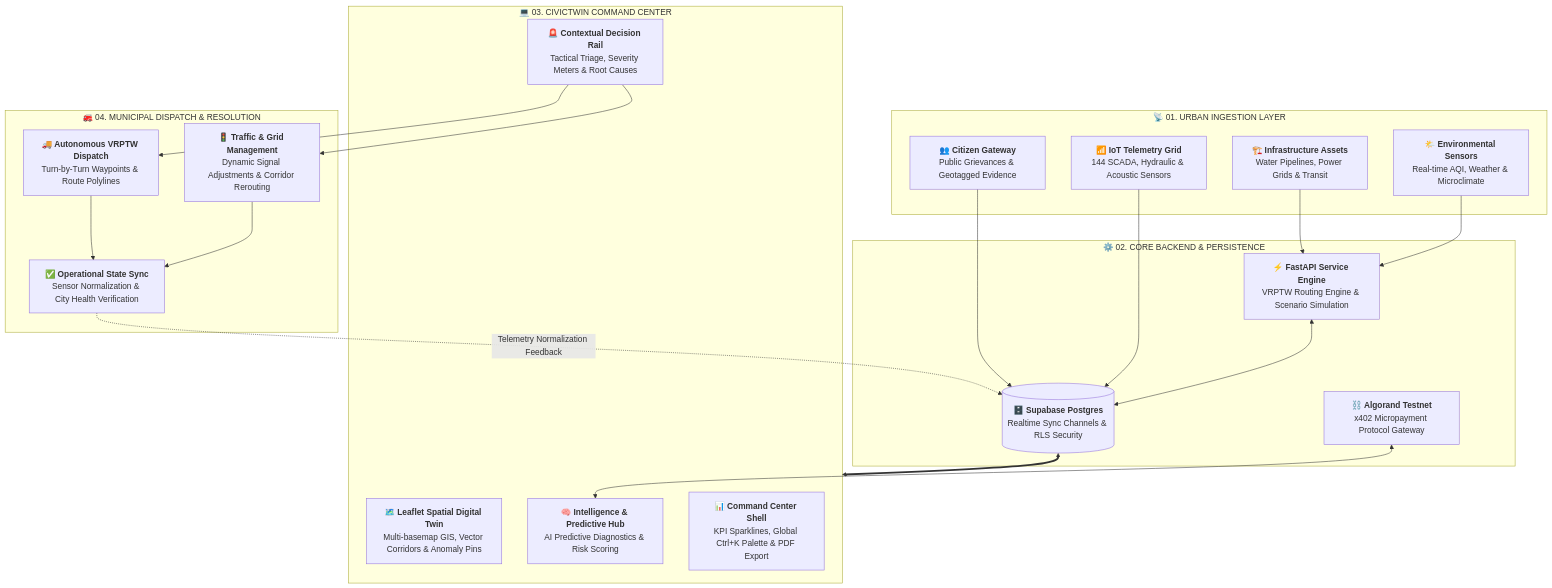
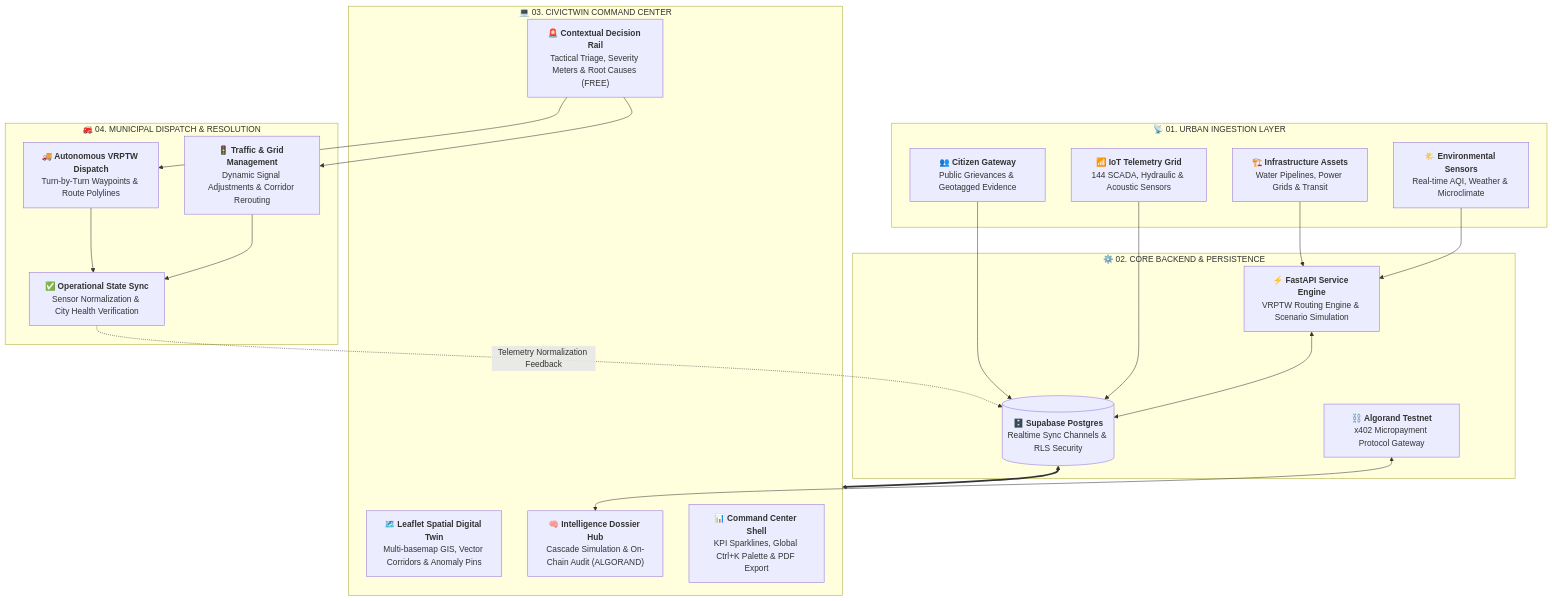
One commit to SIDDHARTHXMEUR/CIVICTWIN changed the third of 5 diagrams in README.md. Above: the diagram before and after it, drawn with Mermaid. The commit also changed other lines of this file and 16 other files, not shown here.

Commit message:
feat: Algorand x402 M2M compute settlement, Intelligence dossier overhaul, Decision Rail legibility, and Indian currency system support

````diff
--- a/README.md
+++ b/README.md
@@ -288,37 +293,37 @@
 ```mermaid
 flowchart TD
     subgraph INTAKE ["📡 01. URBAN INGESTION LAYER"]
         CIT["<b>👥 Citizen Gateway</b><br/>Public Grievances & Geotagged Evidence"]
         IOT["<b>📶 IoT Telemetry Grid</b><br/>144 SCADA, Hydraulic & Acoustic Sensors"]
         INF["<b>🏗️ Infrastructure Assets</b><br/>Water Pipelines, Power Grids & Transit"]
         ENV["<b>🌤️ Environmental Sensors</b><br/>Real-time AQI, Weather & Microclimate"]
     end
 
     subgraph BACKEND ["⚙️ 02. CORE BACKEND & PERSISTENCE"]
         SB[("<b>🗄️ Supabase Postgres</b><br/>Realtime Sync Channels & RLS Security")]
         FAST["<b>⚡ FastAPI Service Engine</b><br/>VRPTW Routing Engine & Scenario Simulation"]
         ALGO["<b>⛓️ Algorand Testnet</b><br/>x402 Micropayment Protocol Gateway"]
     end
 
     subgraph WORKSPACE ["💻 03. CIVICTWIN COMMAND CENTER"]
         GIS["<b>🗺️ Leaflet Spatial Digital Twin</b><br/>Multi-basemap GIS, Vector Corridors & Anomaly Pins"]
-        DEC["<b>🚨 Contextual Decision Rail</b><br/>Tactical Triage, Severity Meters & Root Causes"]
-        INT["<b>🧠 Intelligence & Predictive Hub</b><br/>AI Predictive Diagnostics & Risk Scoring"]
+        DEC["<b>🚨 Contextual Decision Rail</b><br/>Tactical Triage, Severity Meters & Root Causes (FREE)"]
+        INT["<b>🧠 Intelligence Dossier Hub</b><br/>Cascade Simulation & On-Chain Audit (ALGORAND)"]
         CMD["<b>📊 Command Center Shell</b><br/>KPI Sparklines, Global Ctrl+K Palette & PDF Export"]
     end
 
     subgraph ACTION ["🚒 04. MUNICIPAL DISPATCH & RESOLUTION"]
         VRPTW["<b>🚚 Autonomous VRPTW Dispatch</b><br/>Turn-by-Turn Waypoints & Route Polylines"]
         REROUTE["<b>🚦 Traffic & Grid Management</b><br/>Dynamic Signal Adjustments & Corridor Rerouting"]
         RES["<b>✅ Operational State Sync</b><br/>Sensor Normalization & City Health Verification"]
     end
 
     CIT & IOT --> SB
     INF & ENV --> FAST
     FAST <--> SB
     ALGO <--> INT
     SB <==> WORKSPACE
     DEC --> VRPTW & REROUTE
     VRPTW & REROUTE --> RES
     RES -.->|Telemetry Normalization Feedback| SB
 ```
````
